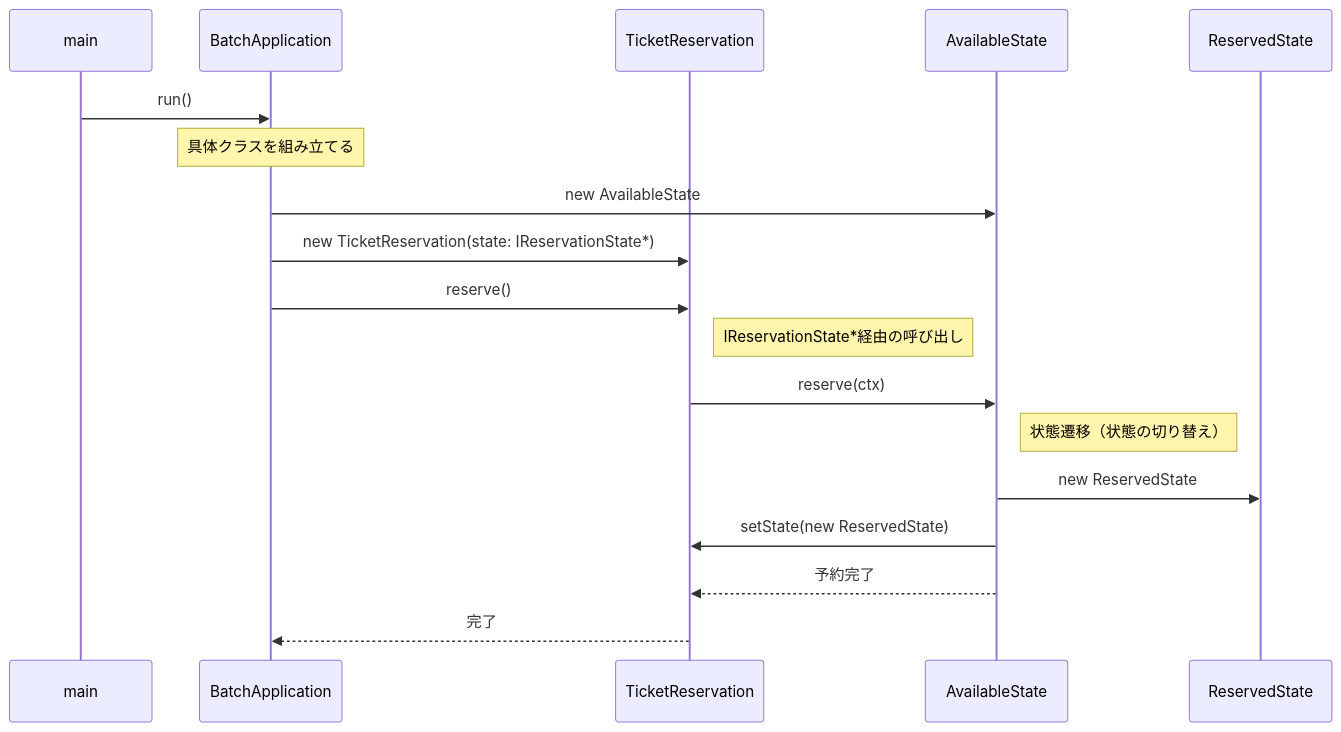
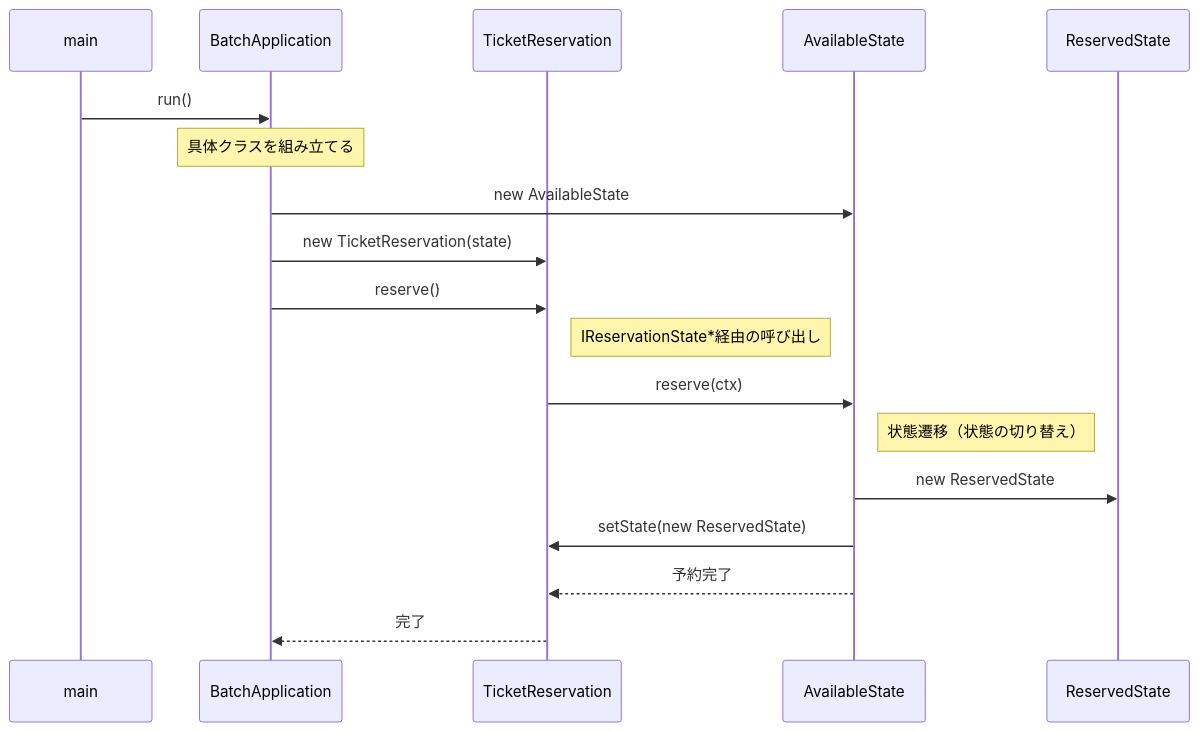
One commit to kumachan1101-pixel/DesignPattern changed the third of 6 diagrams in kindle/design-patterns/output/chapter03.md. Above: the diagram before and after it, drawn with Mermaid. The commit also changed other lines of this file and 10 other files, not shown here.

````diff
--- a/kindle/design-patterns/output/chapter03.md
+++ b/kindle/design-patterns/output/chapter03.md
@@ -1280,22 +889,22 @@
 ```mermaid
 sequenceDiagram
     participant main
     participant BA as BatchApplication
     participant TR as TicketReservation
     participant AS as AvailableState
     participant RS as ReservedState
-    
+
     main->>BA: run()
     Note over BA: 具体クラスを組み立てる
     BA->>AS: new AvailableState
-    BA->>TR: new TicketReservation(state: IReservationState*)
-    
+    BA->>TR: new TicketReservation(state)
+
     BA->>TR: reserve()
     Note right of TR: IReservationState*経由の呼び出し
     TR->>AS: reserve(ctx)
     Note right of AS: 状態遷移（状態の切り替え）
     AS->>RS: new ReservedState
     AS->>TR: setState(new ReservedState)
     AS-->>TR: 予約完了
     TR-->>BA: 完了
 ```
````
